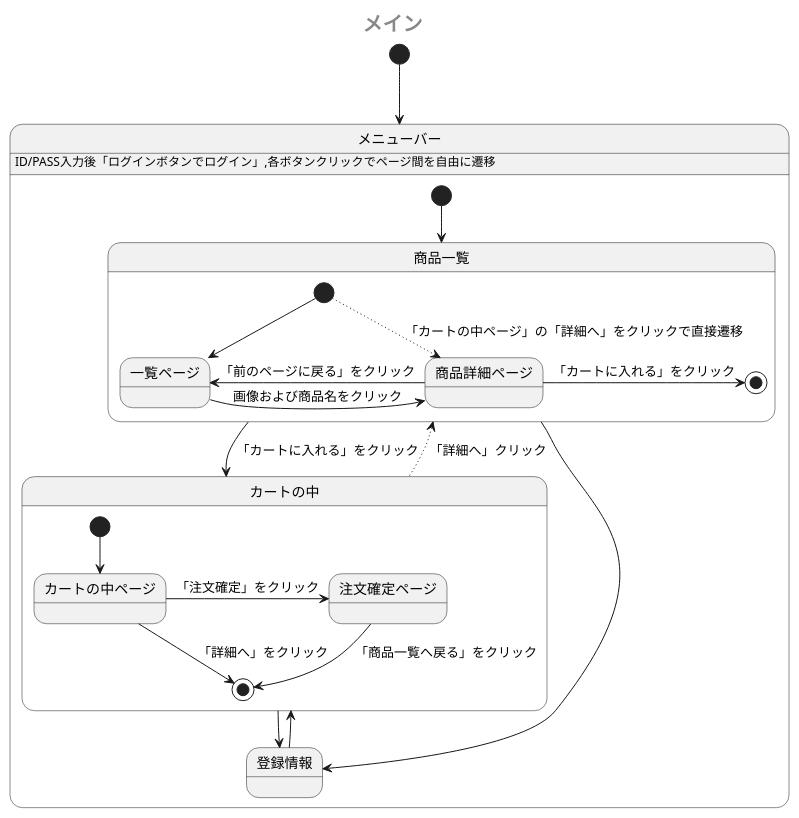
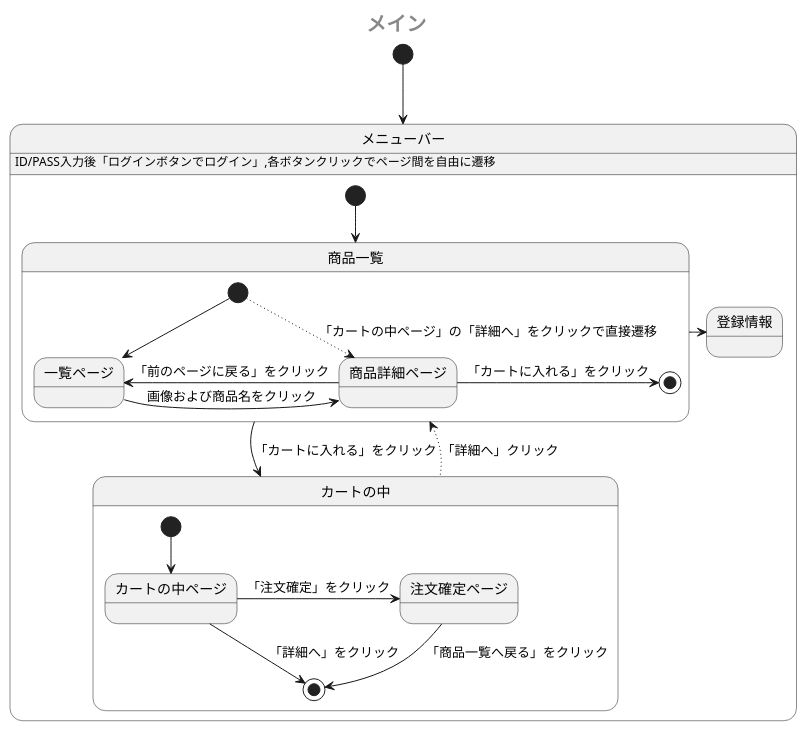
One commit to Aso2001385/2021sys-design changed the first of 2 diagrams in sample/StateMachine.md. Above: the diagram before and after it, drawn with PlantUML.

````diff
--- a/sample/StateMachine.md
+++ b/sample/StateMachine.md
@@ -1,31 +1,29 @@
 ```uml
 @startuml
  center header <size:20><b>メイン</b></size>
  [*] --> メニューバー
  state メニューバー {
    メニューバー: ID/PASS入力後「ログインボタンでログイン」,各ボタンクリックでページ間を自由に遷移
    [*] --> 商品一覧
    state 商品一覧 {
     [*] --> 一覧ページ
     [*] -[dotted]-> 商品詳細ページ: 「カートの中ページ」の「詳細へ」をクリックで直接遷移
     一覧ページ -right-> 商品詳細ページ: 画像および商品名をクリック
     商品詳細ページ -left-> 一覧ページ: 「前のページに戻る」をクリック
     商品詳細ページ -right-> [*]: 「カートに入れる」をクリック
     
    }
    商品一覧 -down-> カートの中:「カートに入れる」をクリック
    state カートの中 {
     [*] --> カートの中ページ
     カートの中ページ --> [*]:「詳細へ」をクリック
     カートの中ページ -> 注文確定ページ:「注文確定」をクリック 
     注文確定ページ --> [*]: 「商品一覧へ戻る」をクリック
    }
    カートの中 -up[dotted]-> 商品一覧:「詳細へ」クリック
-   カートの中 -down-> 登録情報
-   登録情報 -up-> カートの中
    商品一覧 -right-> 登録情報
    
  }
  
 @enduml
 ```
````
